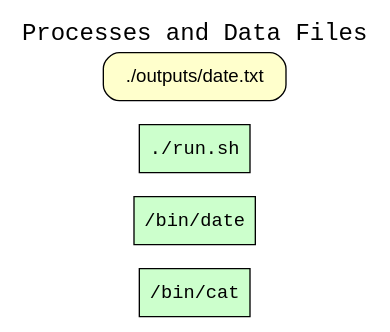
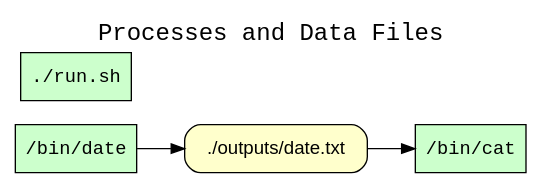
The diagram in examples/04-date-to-file/graphs/wt_processes_and_data_files.dot (CIRSS/cpr), drawn with Graphviz before and after one commit. The commit also changed 10 other files, not shown here.

Commit message:
Added file-process edges to new graph

```diff
--- a/examples/04-date-to-file/graphs/wt_processes_and_data_files.dot
+++ b/examples/04-date-to-file/graphs/wt_processes_and_data_files.dot
@@ -1,12 +1,14 @@
 
 digraph wt_run {
 rankdir=LR
 fontname=Courier; fontsize=18; labelloc=t
 label="Processes and Data Files"
 node[shape=box style="filled" fillcolor="#CCFFCC" peripheries=1 fontname=Courier]
 "exe:e3" [label="/bin/cat"]
 "exe:e2" [label="/bin/date"]
 "exe:e1" [label="./run.sh"]
 node[shape=box style="rounded,filled" fillcolor="#FFFFCC" peripheries=1 fontname=Helvetica]
 "access:i10" [label="./outputs/date.txt"]
+"exe:e2" -> "access:i10"
+"access:i10" -> "exe:e3"
 }
```
